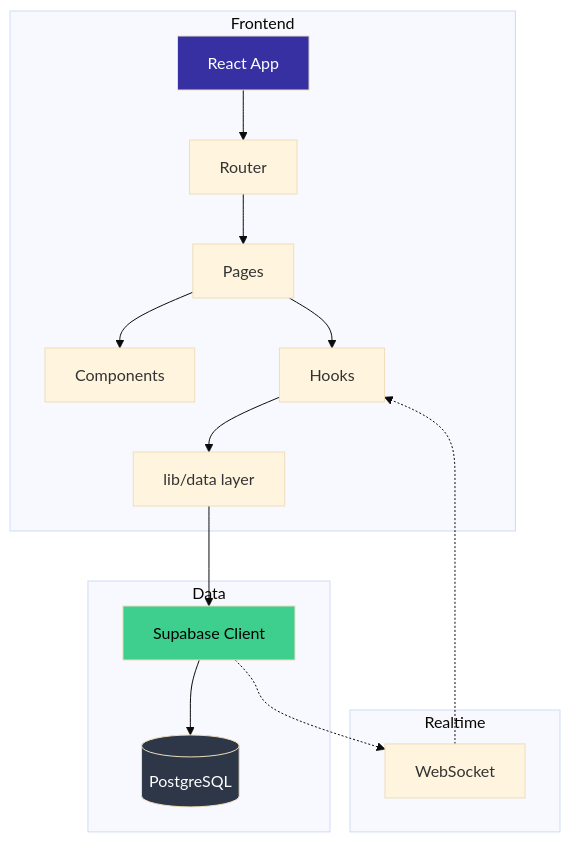
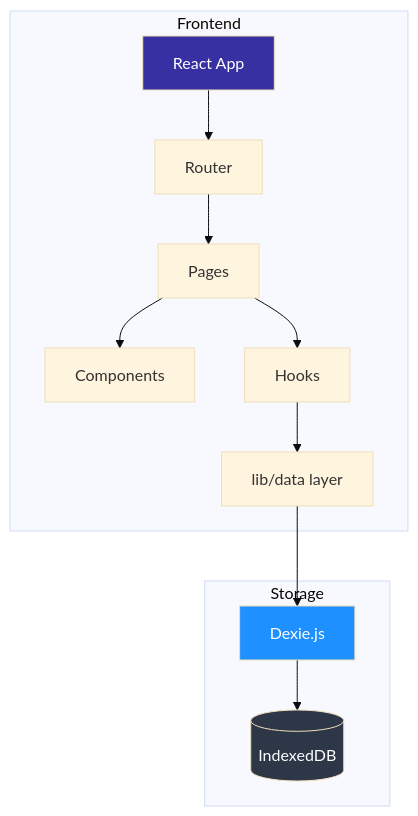
The first of 3 diagrams in README.md (mohamedsillahhh-cloud/DevFlow), drawn with Mermaid (base theme) before and after one commit. The commit also changed other lines of this file and 21 other files, not shown here.

First line of the commit message:
refactor: migrate from Supabase to local-first architecture with Dexie.js

````diff
--- a/README.md
+++ b/README.md
@@ -97,24 +97,19 @@
 ```mermaid
 graph TD
     subgraph Frontend
         A[React App] --> B[Router]
         B --> C[Pages]
         C --> D[Components]
         C --> E[Hooks]
         E --> F[lib/data layer]
     end
 
-    subgraph Data
-        F --> G[Supabase Client]
-        G --> H[(PostgreSQL)]
-    end
-
-    subgraph Realtime
-        G -.-> I[WebSocket]
-        I -.-> E
+    subgraph Storage
+        F --> G[Dexie.js]
+        G --> H[(IndexedDB)]
     end
 
     style A fill:#3630A3,color:#fff
     style H fill:#2D3748,color:#fff
-    style G fill:#3ECF8E,color:#000
+    style G fill:#1E90FF,color:#fff
 ```
````
